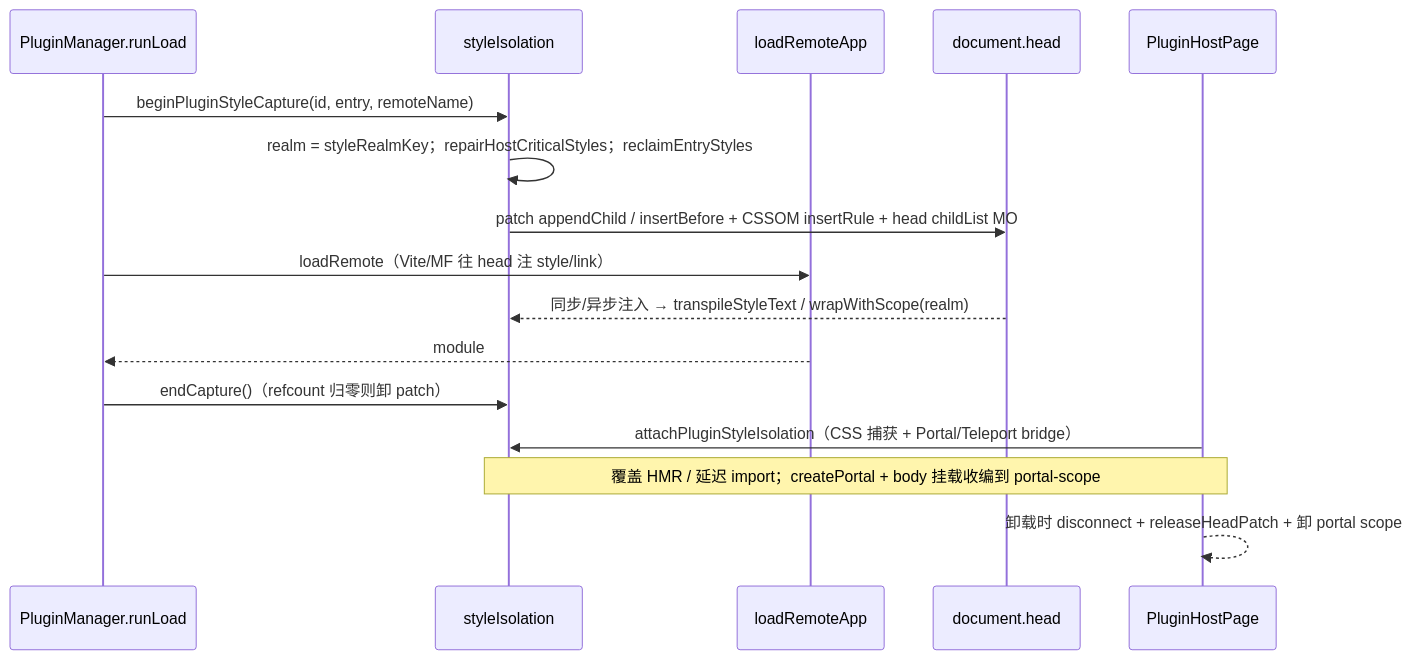
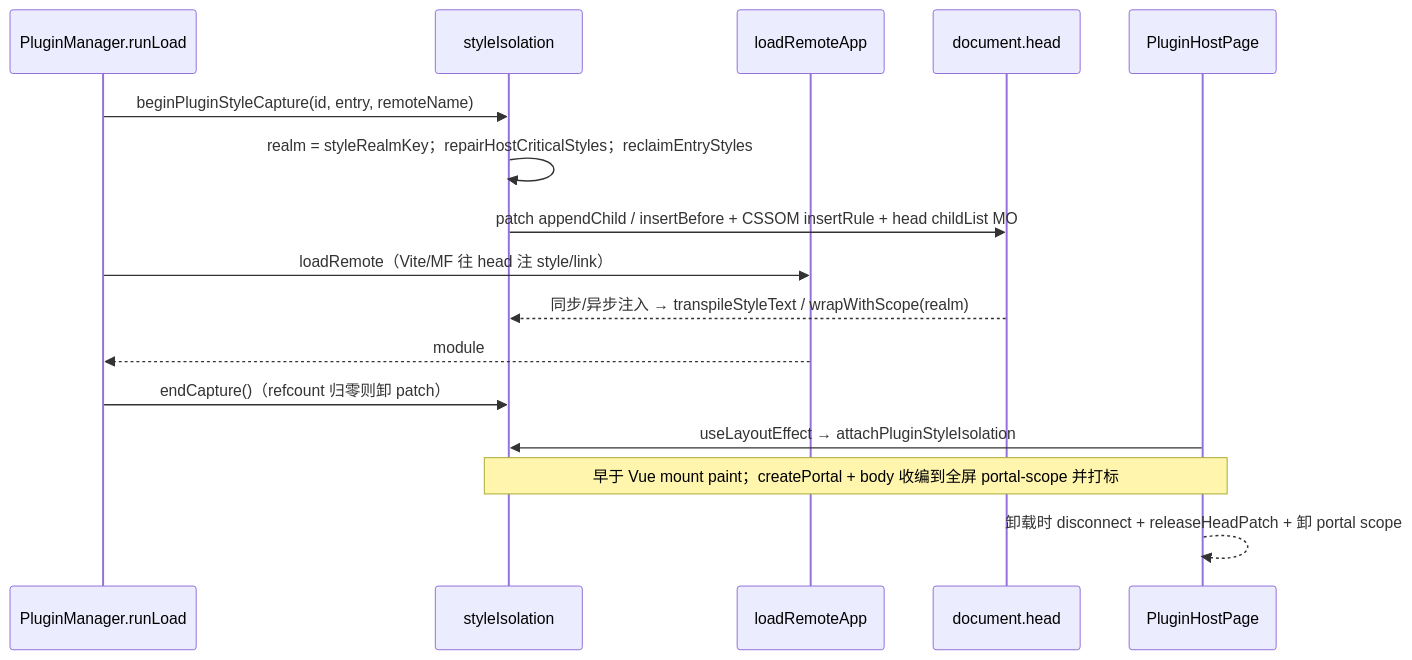
Before and after one commit to dnhyxc/dnhyxc-ai: the first of 7 diagrams in apps/frontend/src/plugins/docs/mf-implementation-guide.md, drawn with Mermaid. The commit also changed other lines of this file and 13 other files, not shown here.

````diff
--- a/apps/frontend/src/plugins/docs/mf-implementation-guide.md
+++ b/apps/frontend/src/plugins/docs/mf-implementation-guide.md
@@ -2199,19 +2212,19 @@
 ```mermaid
 sequenceDiagram
   participant PM as PluginManager.runLoad
   participant SI as styleIsolation
   participant MF as loadRemoteApp
   participant Head as document.head
   participant Page as PluginHostPage
 
   PM->>SI: beginPluginStyleCapture(id, entry, remoteName)
   SI->>SI: realm = styleRealmKey；repairHostCriticalStyles；reclaimEntryStyles
   SI->>Head: patch appendChild / insertBefore + CSSOM insertRule + head childList MO
   PM->>MF: loadRemote（Vite/MF 往 head 注 style/link）
   Head-->>SI: 同步/异步注入 → transpileStyleText / wrapWithScope(realm)
   MF-->>PM: module
   PM->>SI: endCapture()（refcount 归零则卸 patch）
-  Page->>SI: attachPluginStyleIsolation（CSS 捕获 + Portal/Teleport bridge）
-  Note over Page,SI: 覆盖 HMR / 延迟 import；createPortal + body 挂载收编到 portal-scope
+  Page->>SI: useLayoutEffect → attachPluginStyleIsolation
+  Note over Page,SI: 早于 Vue mount paint；createPortal + body 收编到全屏 portal-scope 并打标
   Page-->>Page: 卸载时 disconnect + releaseHeadPatch + 卸 portal scope
 ```
````
